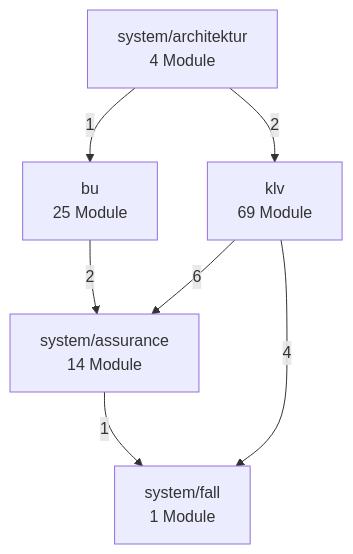
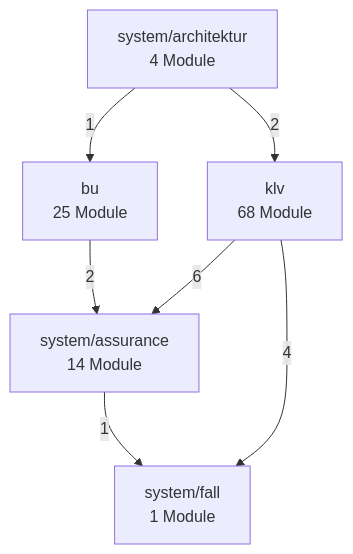
Before and after one commit to bartlmac/rechner-pipeline: the second of 3 diagrams in docs/architektur/landkarte.md, drawn with Mermaid. The commit also changed other lines of this file and 9 other files, not shown here.

````diff
--- a/docs/architektur/landkarte.md
+++ b/docs/architektur/landkarte.md
@@ -73,15 +72,15 @@
 ```mermaid
 %% Fachknoten — erzeugt von ontologie.landkarte
 flowchart TD
     bu["bu<br/>25 Module"]
-    klv["klv<br/>69 Module"]
+    klv["klv<br/>68 Module"]
     system_architektur["system/architektur<br/>4 Module"]
     system_assurance["system/assurance<br/>14 Module"]
     system_fall["system/fall<br/>1 Module"]
     bu -- 2 --> system_assurance
     klv -- 6 --> system_assurance
     klv -- 4 --> system_fall
     system_architektur -- 1 --> bu
     system_architektur -- 2 --> klv
     system_assurance -- 1 --> system_fall
 ```
````
